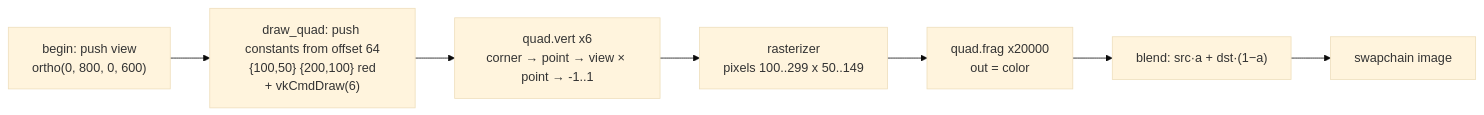
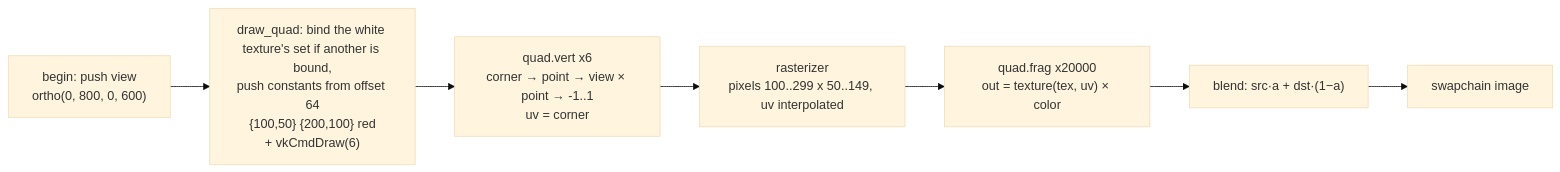
The second of 3 diagrams in docs/features/renderer.md (aski97/reborn-engine), drawn with Mermaid (base theme) before and after one commit. The commit also changed other lines of this file and 24 other files, not shown here.

````diff
--- a/docs/features/renderer.md
+++ b/docs/features/renderer.md
@@ -109,9 +128,9 @@
 ```mermaid
 flowchart LR
     B0["begin: push view<br/>ortho(0, 800, 0, 600)"] --> C
-    C["draw_quad: push constants from offset 64<br/>{100,50} {200,100} red<br/>+ vkCmdDraw(6)"] --> V["quad.vert x6<br/>corner → point → view × point → -1..1"]
-    V --> RS["rasterizer<br/>pixels 100..299 x 50..149"]
-    RS --> FS["quad.frag x20000<br/>out = color"]
+    C["draw_quad: bind the white texture's set if another is bound,<br/>push constants from offset 64<br/>{100,50} {200,100} red<br/>+ vkCmdDraw(6)"] --> V["quad.vert x6<br/>corner → point → view × point → -1..1<br/>uv = corner"]
+    V --> RS["rasterizer<br/>pixels 100..299 x 50..149, uv interpolated"]
+    RS --> FS["quad.frag x20000<br/>out = texture(tex, uv) × color"]
     FS --> B["blend: src·a + dst·(1−a)"]
     B --> IMG["swapchain image"]
 ```
````
